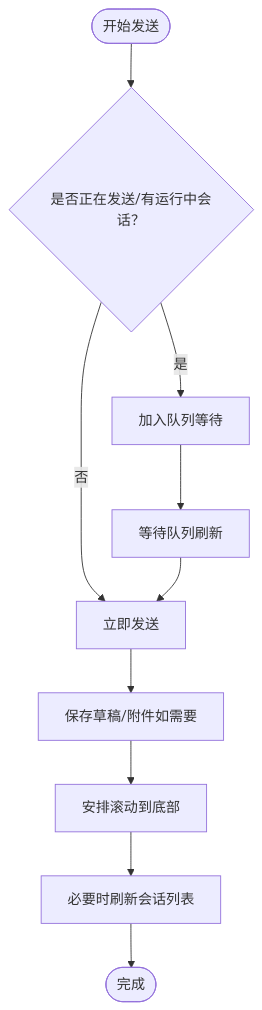
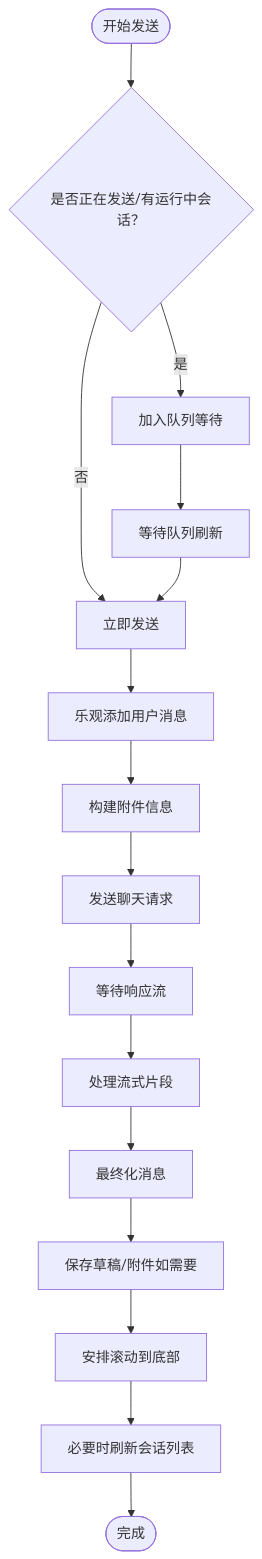
One commit to verse-ai-org/openclaw changed the third of 5 diagrams in .qoder/repowiki/zh/content/Web界面/Web界面.md. Above: the diagram before and after it, drawn with Mermaid. The commit also changed other lines of this file and 19 other files, not shown here.

````diff
--- a/.qoder/repowiki/zh/content/Web界面/Web界面.md
+++ b/.qoder/repowiki/zh/content/Web界面/Web界面.md
@@ -239,12 +305,18 @@
 ```mermaid
 flowchart TD
 Start(["开始发送"]) --> CheckBusy{"是否正在发送/有运行中会话？"}
 CheckBusy --> |是| Enqueue["加入队列等待"]
 CheckBusy --> |否| SendNow["立即发送"]
-SendNow --> SaveDraft["保存草稿/附件如需要"]
+SendNow --> OptimizeUser["乐观添加用户消息"]
+OptimizeUser --> BuildAttachments["构建附件信息"]
+BuildAttachments --> SendRequest["发送聊天请求"]
+SendRequest --> WaitResponse["等待响应流"]
+WaitResponse --> StreamChunks["处理流式片段"]
+StreamChunks --> Finalize["最终化消息"]
+Finalize --> SaveDraft["保存草稿/附件如需要"]
 SaveDraft --> ScheduleScroll["安排滚动到底部"]
 ScheduleScroll --> MaybeRefresh["必要时刷新会话列表"]
 MaybeRefresh --> Done(["完成"])
 Enqueue --> WaitFlush["等待队列刷新"]
 WaitFlush --> SendNow
 ```
````
